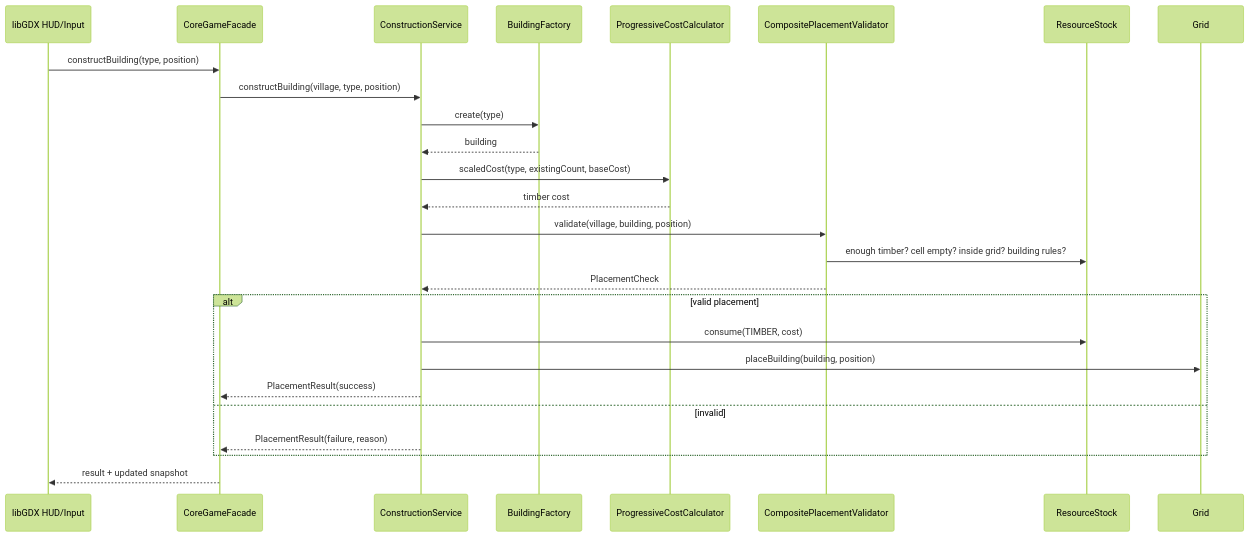
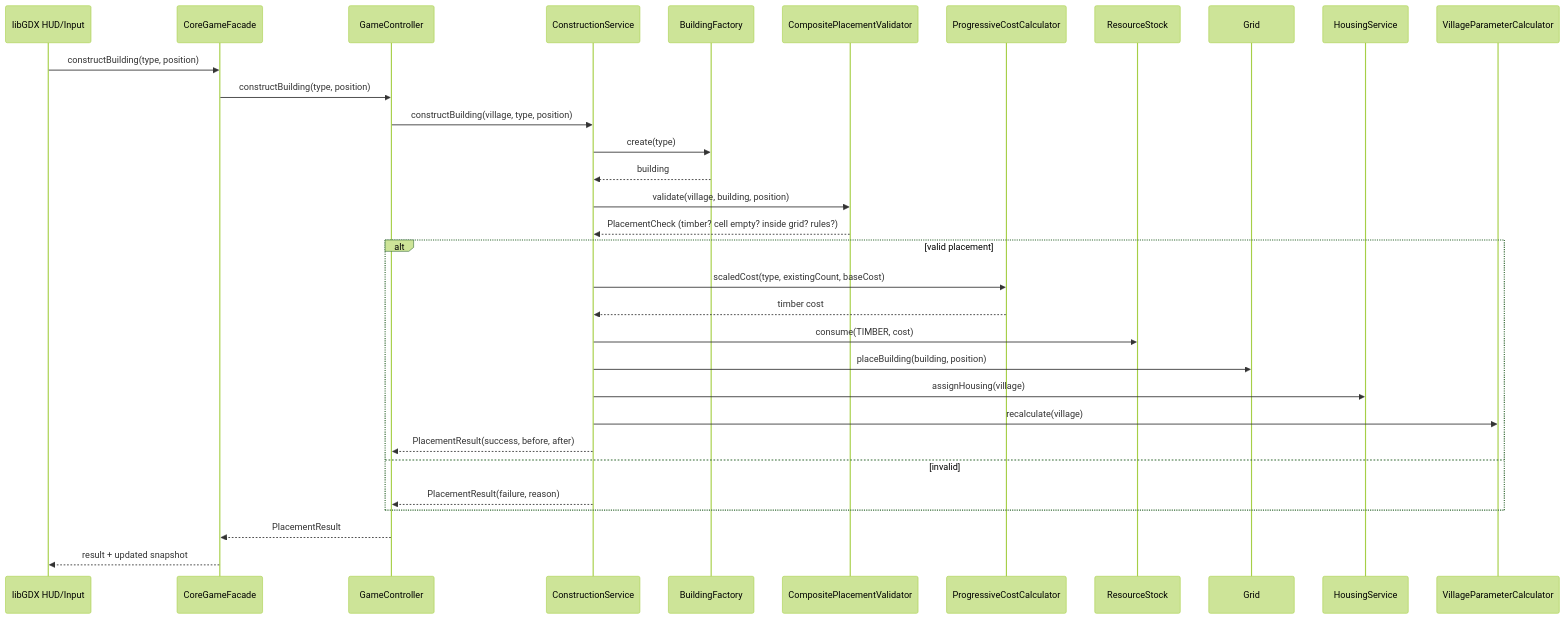
One commit to edope704/DaimyoSimulator changed diagram 11 of 14 in docs/DesignDocument.md. Above: the diagram before and after it, drawn with Mermaid (forest theme). The commit also changed other lines of this file, not shown here.

````diff
--- a/docs/DesignDocument.md
+++ b/docs/DesignDocument.md
@@ -365,29 +393,35 @@
 ```mermaid
 sequenceDiagram
     participant UI as libGDX HUD/Input
     participant C as CoreGameFacade
+    participant GC as GameController
     participant CS as ConstructionService
     participant BF as BuildingFactory
+    participant Val as CompositePlacementValidator
     participant Cost as ProgressiveCostCalculator
-    participant Val as CompositePlacementValidator
     participant RS as ResourceStock
     participant G as Grid
+    participant HS as HousingService
+    participant PC as VillageParameterCalculator
 
     UI->>C: constructBuilding(type, position)
-    C->>CS: constructBuilding(village, type, position)
+    C->>GC: constructBuilding(type, position)
+    GC->>CS: constructBuilding(village, type, position)
     CS->>BF: create(type)
     BF-->>CS: building
-    CS->>Cost: scaledCost(type, existingCount, baseCost)
-    Cost-->>CS: timber cost
     CS->>Val: validate(village, building, position)
-    Val->>RS: enough timber? cell empty? inside grid? building rules?
-    Val-->>CS: PlacementCheck
+    Val-->>CS: PlacementCheck (timber? cell empty? inside grid? rules?)
     alt valid placement
+        CS->>Cost: scaledCost(type, existingCount, baseCost)
+        Cost-->>CS: timber cost
         CS->>RS: consume(TIMBER, cost)
         CS->>G: placeBuilding(building, position)
-        CS-->>C: PlacementResult(success)
+        CS->>HS: assignHousing(village)
+        CS->>PC: recalculate(village)
+        CS-->>GC: PlacementResult(success, before, after)
     else invalid
-        CS-->>C: PlacementResult(failure, reason)
+        CS-->>GC: PlacementResult(failure, reason)
     end
+    GC-->>C: PlacementResult
     C-->>UI: result + updated snapshot
 ```
````
